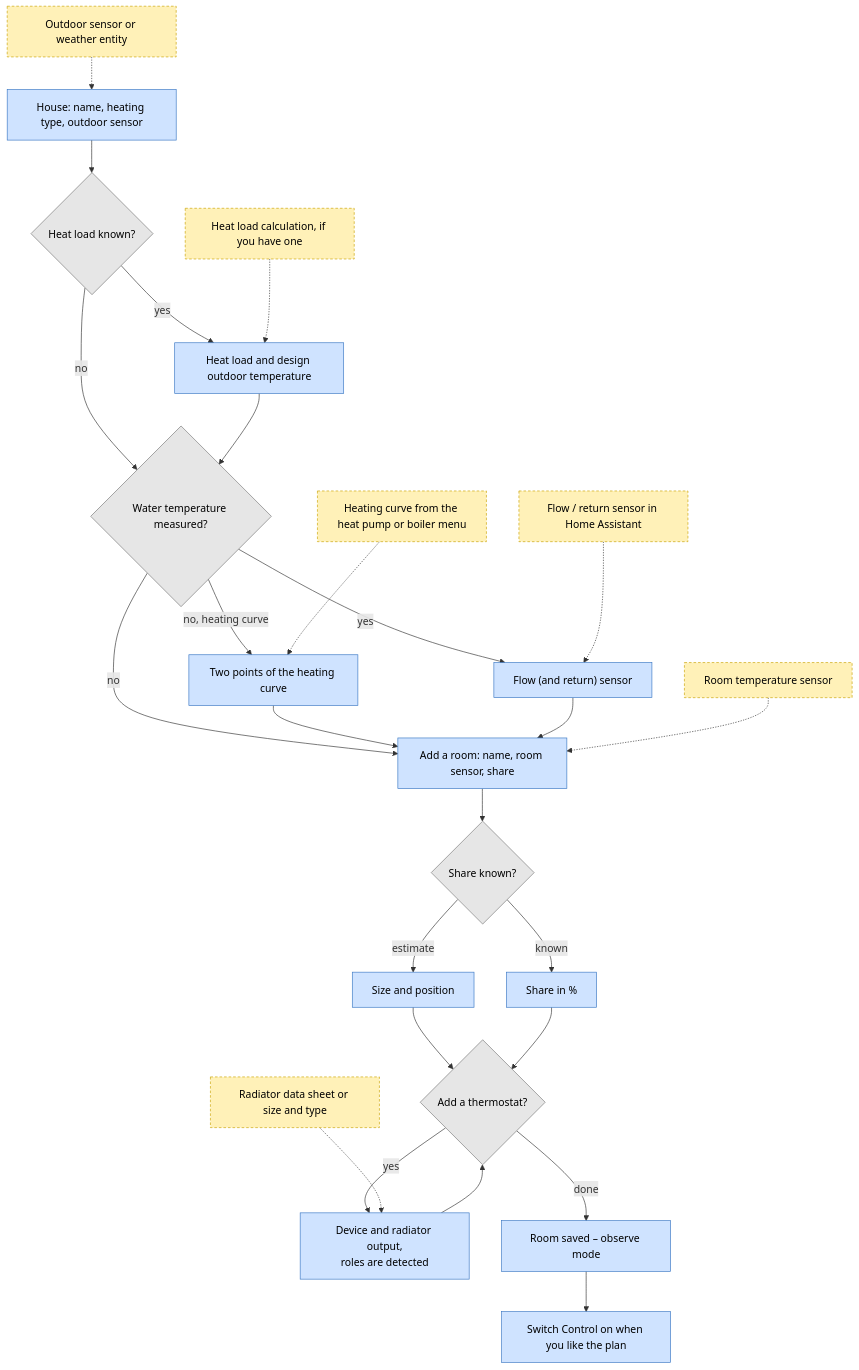
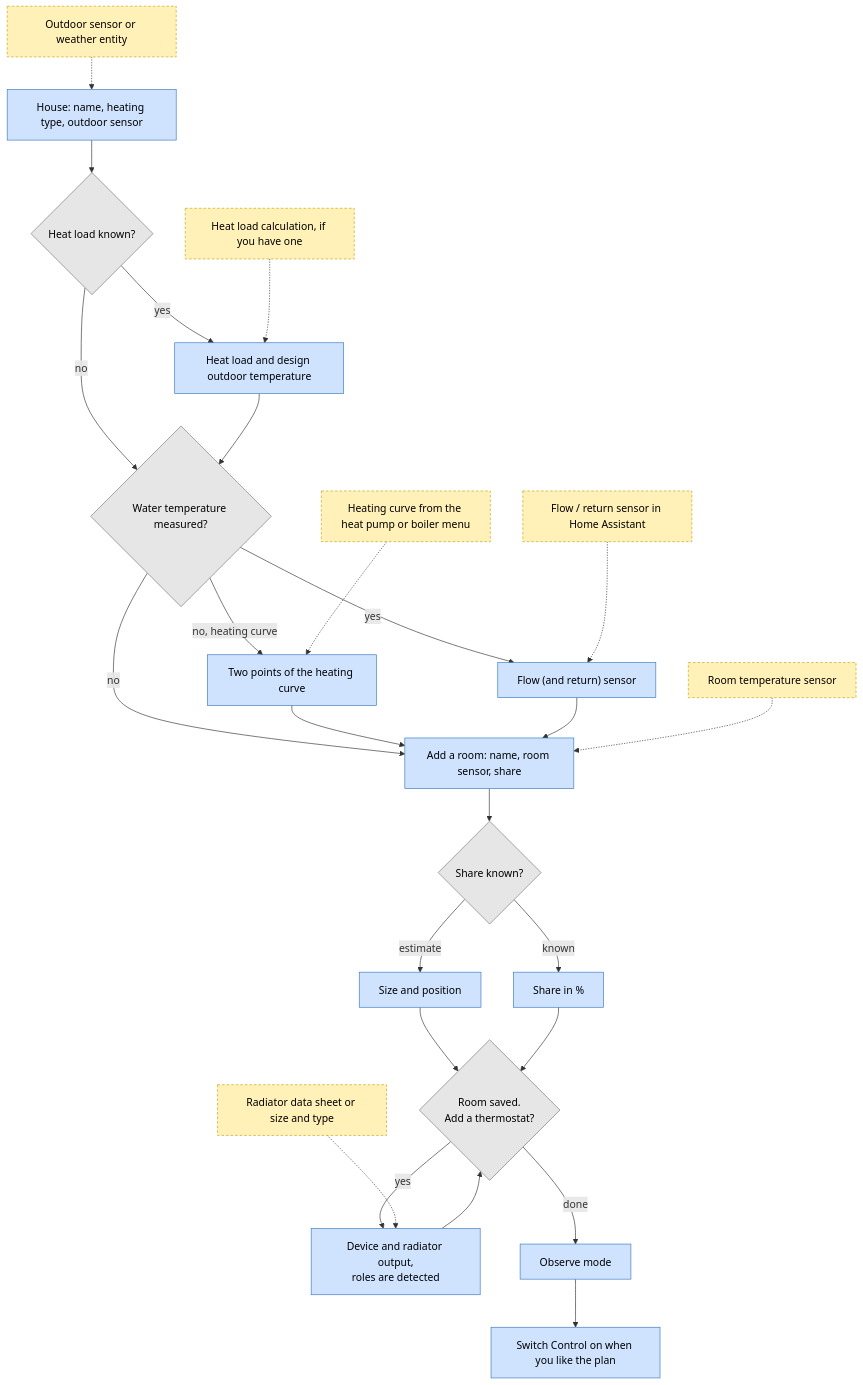
Before and after one commit to mschmiedel/thermogeist: the diagram in docs/en/getting-started.md, drawn with Mermaid. The commit also changed 30 other files, not shown here.

````diff
--- a/docs/en/getting-started.md
+++ b/docs/en/getting-started.md
@@ -34,35 +34,35 @@
 ```mermaid
 flowchart TD
     A["House: name, heating type, outdoor sensor"] --> B{"Heat load known?"}
     B -- "yes" --> C["Heat load and design outdoor temperature"]
     B -- "no" --> D
     C --> D{"Water temperature measured?"}
     D -- "yes" --> E["Flow (and return) sensor"]
     D -- "no" --> F
     D -- "no, heating curve" --> E2["Two points of the heating curve"]
     E2 --> F
     E --> F["Add a room: name, room sensor, share"]
     F --> G{"Share known?"}
     G -- "estimate" --> H["Size and position"]
     G -- "known" --> I["Share in %"]
-    H --> J{"Add a thermostat?"}
+    H --> J{"Room saved.<br/>Add a thermostat?"}
     I --> J
     J -- "yes" --> K["Device and radiator output,<br/>roles are detected"]
     K --> J
-    J -- "done" --> L["Room saved – observe mode"]
+    J -- "done" --> L["Observe mode"]
     L --> M["Switch Control on when you like the plan"]
 
     P1["Outdoor sensor or weather entity"] -.-> A
     P2["Heat load calculation, if you have one"] -.-> C
     P3["Flow / return sensor in Home Assistant"] -.-> E
     P6["Heating curve from the heat pump or boiler menu"] -.-> E2
     P4["Room temperature sensor"] -.-> F
     P5["Radiator data sheet or size and type"] -.-> K
 
     classDef step fill:#cfe3ff,stroke:#3b78c4,color:#000
     classDef ask fill:#e6e6e6,stroke:#777,color:#000
     classDef prep fill:#fff1b8,stroke:#c9a200,color:#000,stroke-dasharray: 4 3
     class A,C,E,E2,F,H,I,K,L,M step
     class B,D,G,J ask
     class P1,P2,P3,P4,P5,P6 prep
 ```
````
